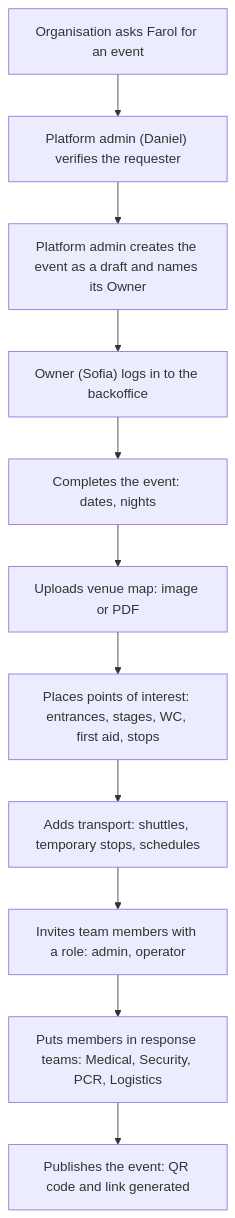
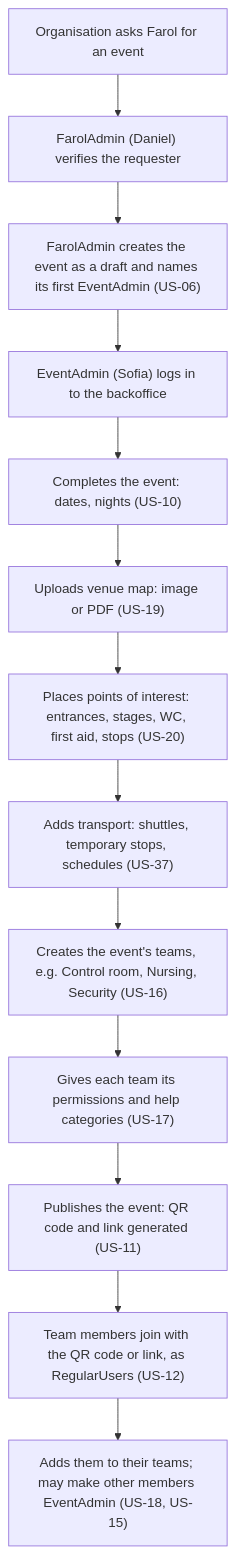
The fourth of 8 diagrams in Docs/Product/user-workflows.md (tomasoliveira21/LABDSOF), drawn with Mermaid before and after one commit. The commit also changed other lines of this file and 10 other files, not shown here.

````diff
--- a/Docs/Product/user-workflows.md
+++ b/Docs/Product/user-workflows.md
@@ -145,13 +145,15 @@
 ```mermaid
 flowchart TD
-    R["Organisation asks Farol for an event"] --> V["Platform admin (Daniel) verifies the requester"]
-    V --> N["Platform admin creates the event as a draft and names its Owner"]
-    N --> A["Owner (Sofia) logs in to the backoffice"]
-    A --> B["Completes the event: dates, nights"]
-    B --> C["Uploads venue map: image or PDF"]
-    C --> D["Places points of interest: entrances, stages, WC, first aid, stops"]
-    D --> E["Adds transport: shuttles, temporary stops, schedules"]
-    E --> F["Invites team members with a role: admin, operator"]
-    F --> G["Puts members in response teams: Medical, Security, PCR, Logistics"]
-    G --> H["Publishes the event: QR code and link generated"]
+    R["Organisation asks Farol for an event"] --> V["FarolAdmin (Daniel) verifies the requester"]
+    V --> N["FarolAdmin creates the event as a draft and names its first EventAdmin (US-06)"]
+    N --> A["EventAdmin (Sofia) logs in to the backoffice"]
+    A --> B["Completes the event: dates, nights (US-10)"]
+    B --> C["Uploads venue map: image or PDF (US-19)"]
+    C --> D["Places points of interest: entrances, stages, WC, first aid, stops (US-20)"]
+    D --> E["Adds transport: shuttles, temporary stops, schedules (US-37)"]
+    E --> G["Creates the event's teams, e.g. Control room, Nursing, Security (US-16)"]
+    G --> P["Gives each team its permissions and help categories (US-17)"]
+    P --> H["Publishes the event: QR code and link generated (US-11)"]
+    H --> J["Team members join with the QR code or link, as RegularUsers (US-12)"]
+    J --> F["Adds them to their teams; may make other members EventAdmin (US-18, US-15)"]
 ```
````
